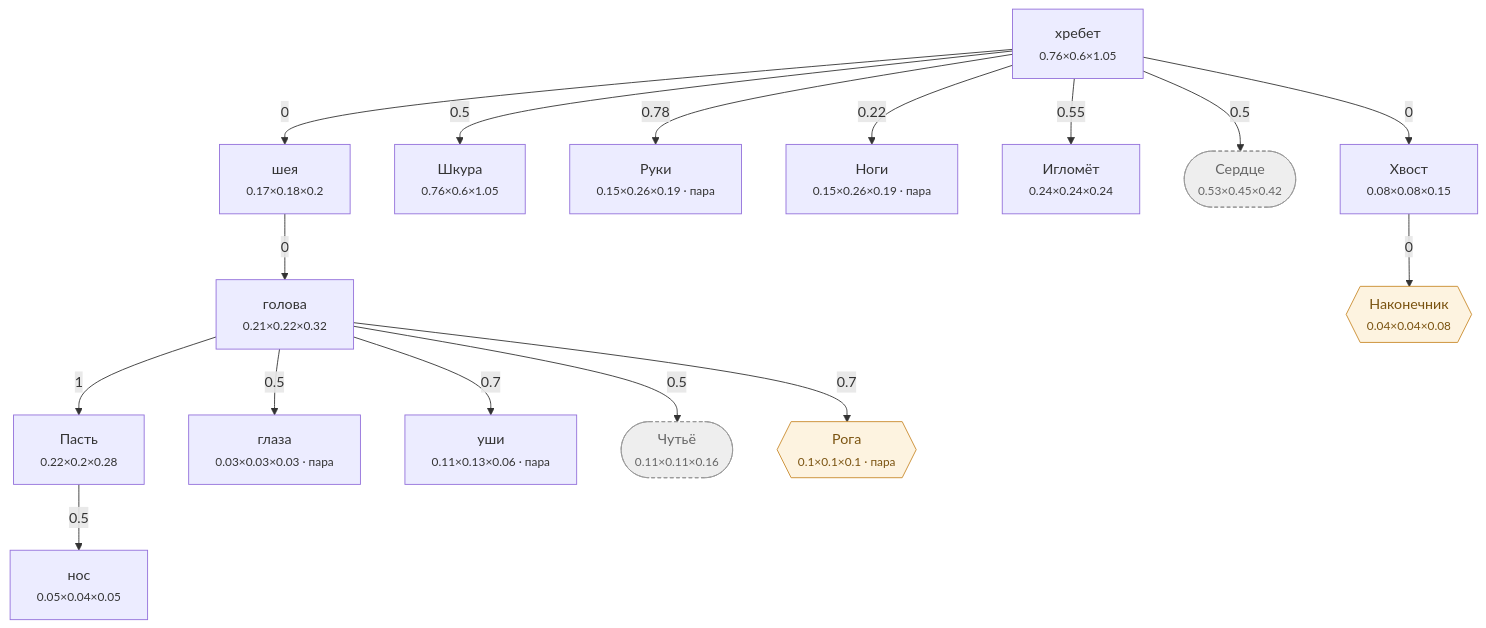
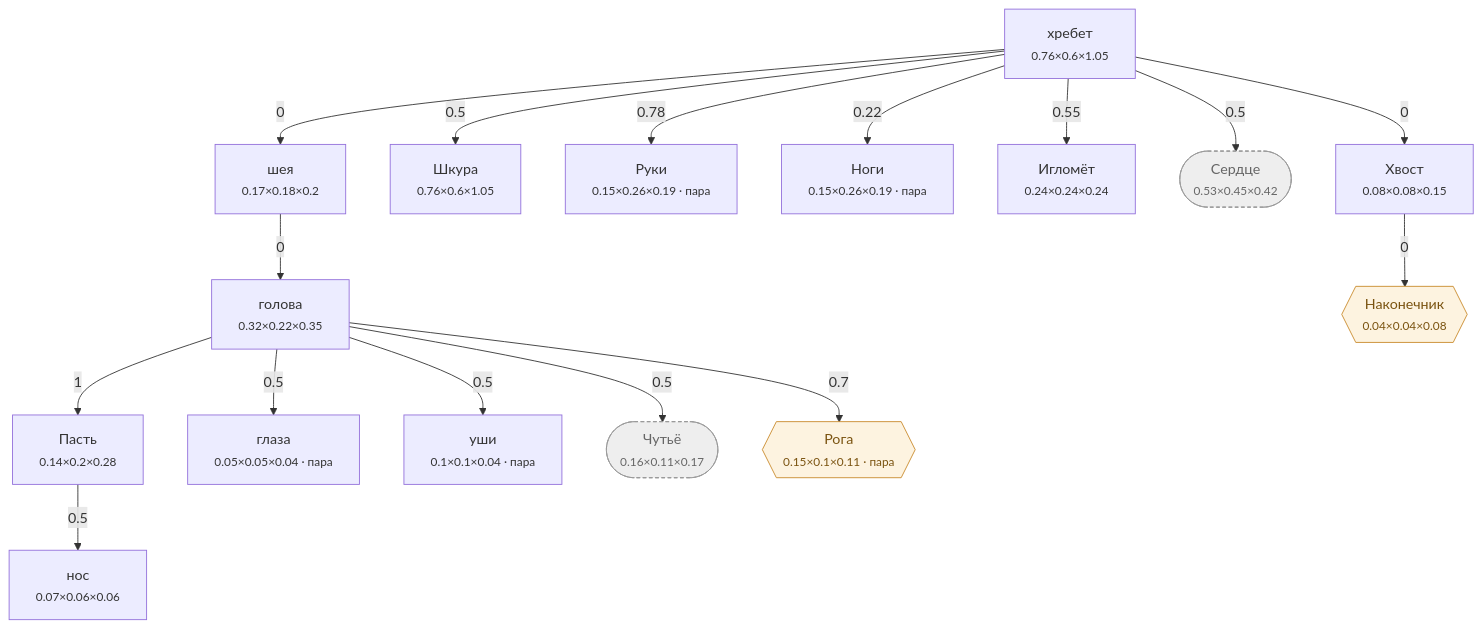
The diagram in Docs/Диаграммы/Ёж.md (darklordshish/ChimeraEvolution-2026-06-26_15-29-59), drawn with Mermaid before and after one commit. The commit also changed other lines of this file and 5 other files, not shown here.

First line of the commit message:
Схемы тел: догнали факт — графы вместо анатомических скелетов

````diff
--- a/Docs/Диаграммы/Ёж.md
+++ b/Docs/Диаграммы/Ёж.md
@@ -161,41 +41,41 @@
 ```mermaid
 flowchart TD
     n0["хребет<br/><small>0.76×0.6×1.05</small>"]
     n1["шея<br/><small>0.17×0.18×0.2</small>"]
-    n2["голова<br/><small>0.21×0.22×0.32</small>"]
-    n3["нос<br/><small>0.05×0.04×0.05</small>"]
-    n4["Пасть<br/><small>0.22×0.2×0.28</small>"]
-    n5["глаза<br/><small>0.03×0.03×0.03 · пара</small>"]
-    n6["уши<br/><small>0.11×0.13×0.06 · пара</small>"]
+    n2["голова<br/><small>0.32×0.22×0.35</small>"]
+    n3["нос<br/><small>0.07×0.06×0.06</small>"]
+    n4["Пасть<br/><small>0.14×0.2×0.28</small>"]
+    n5["глаза<br/><small>0.05×0.05×0.04 · пара</small>"]
+    n6["уши<br/><small>0.1×0.1×0.04 · пара</small>"]
     n7["Шкура<br/><small>0.76×0.6×1.05</small>"]
     n8["Руки<br/><small>0.15×0.26×0.19 · пара</small>"]
     n9["Ноги<br/><small>0.15×0.26×0.19 · пара</small>"]
     n10["Игломёт<br/><small>0.24×0.24×0.24</small>"]
     n11(["Сердце<br/><small>0.53×0.45×0.42</small>"])
-    n12(["Чутьё<br/><small>0.11×0.11×0.16</small>"])
+    n12(["Чутьё<br/><small>0.16×0.11×0.17</small>"])
     n13["Хвост<br/><small>0.08×0.08×0.15</small>"]
     n14{{"Наконечник<br/><small>0.04×0.04×0.08</small>"}}
-    n15{{"Рога<br/><small>0.1×0.1×0.1 · пара</small>"}}
+    n15{{"Рога<br/><small>0.15×0.1×0.11 · пара</small>"}}
 
     n0 -->|0| n1
     n1 -->|0| n2
     n4 -->|0.5| n3
     n2 -->|1| n4
     n2 -->|0.5| n5
-    n2 -->|0.7| n6
+    n2 -->|0.5| n6
     n0 -->|0.5| n7
     n0 -->|0.78| n8
     n0 -->|0.22| n9
     n0 -->|0.55| n10
     n0 -->|0.5| n11
     n2 -->|0.5| n12
     n0 -->|0| n13
     n13 -->|0| n14
     n2 -->|0.7| n15
 
     classDef hid fill:#eee,stroke:#999,stroke-dasharray:4 3,color:#666
     classDef gr fill:#fdf3e0,stroke:#c98a2b,color:#7a5310
     classDef ch fill:#e8f2ff,stroke:#3b74c4,color:#1c3f70
     class n11,n12 hid
     class n14,n15 gr
 ```
````
